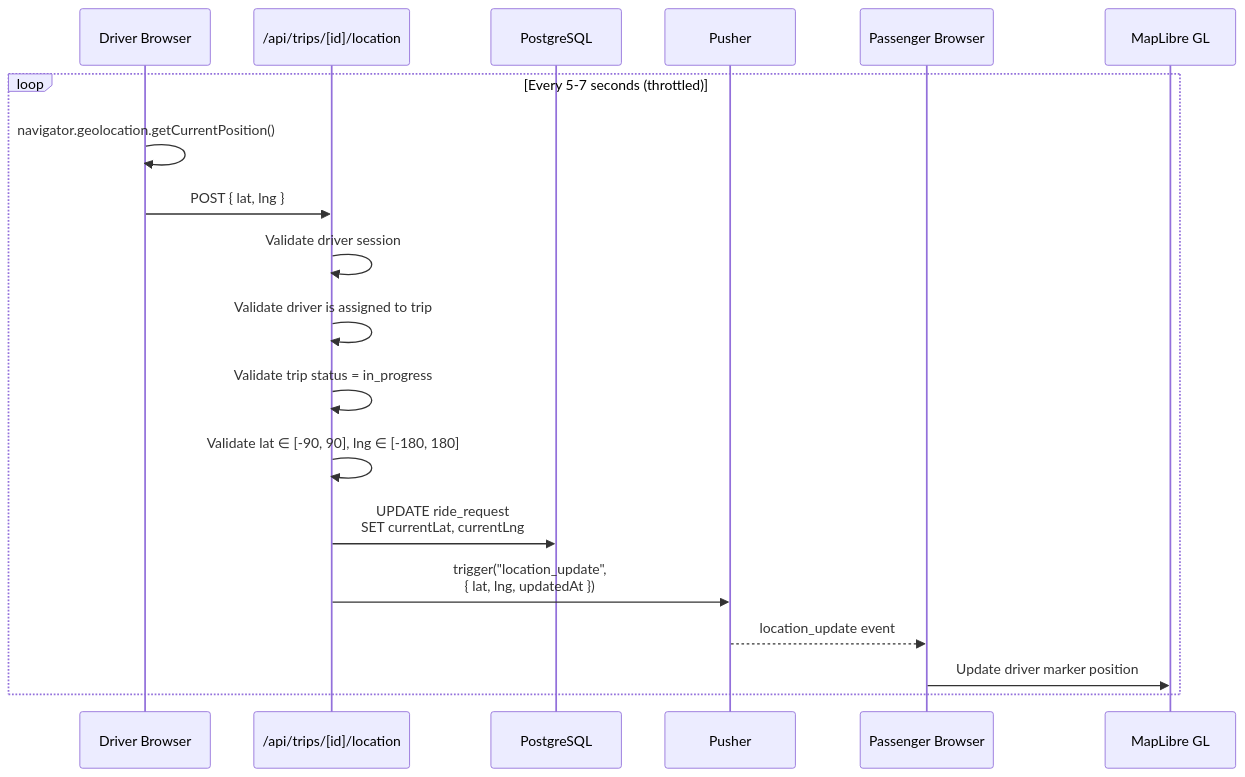
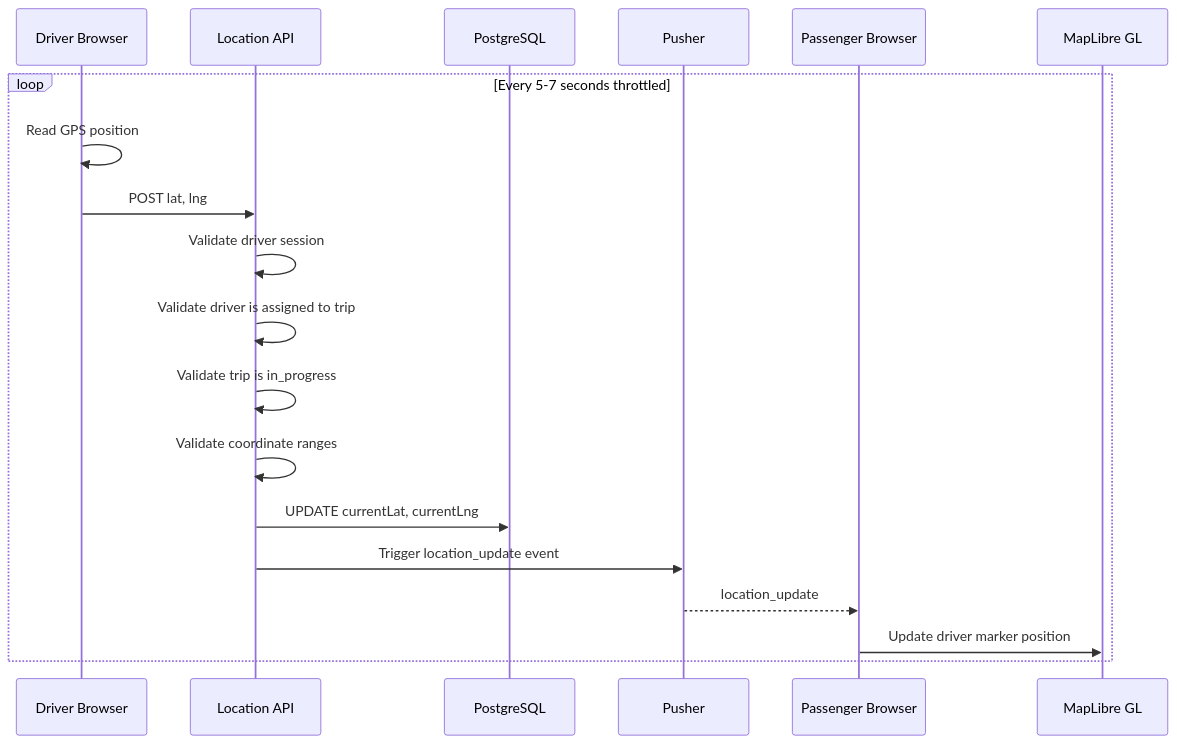
Before and after one commit to Amanuel-Ayal3w/ECRP: diagram 16 of 23 in documentation.md, drawn with Mermaid. The commit also changed other lines of this file, not shown here.

First line of the commit message:
Fix Mermaid GitHub rendering and add detailed explanations

````diff
--- a/documentation.md
+++ b/documentation.md
@@ -980,22 +1013,22 @@
 ```mermaid
 sequenceDiagram
     participant Driver as Driver Browser
-    participant API as /api/trips/[id]/location
+    participant API as Location API
     participant DB as PostgreSQL
     participant Pusher as Pusher
     participant Passenger as Passenger Browser
     participant Map as MapLibre GL
 
-    loop Every 5-7 seconds (throttled)
-        Driver->>Driver: navigator.geolocation.getCurrentPosition()
-        Driver->>API: POST { lat, lng }
+    loop Every 5-7 seconds throttled
+        Driver->>Driver: Read GPS position
+        Driver->>API: POST lat, lng
         API->>API: Validate driver session
         API->>API: Validate driver is assigned to trip
-        API->>API: Validate trip status = in_progress
-        API->>API: Validate lat ∈ [-90, 90], lng ∈ [-180, 180]
-        API->>DB: UPDATE ride_request<br/>SET currentLat, currentLng
-        API->>Pusher: trigger("location_update",<br/>{ lat, lng, updatedAt })
-        Pusher-->>Passenger: location_update event
+        API->>API: Validate trip is in_progress
+        API->>API: Validate coordinate ranges
+        API->>DB: UPDATE currentLat, currentLng
+        API->>Pusher: Trigger location_update event
+        Pusher-->>Passenger: location_update
         Passenger->>Map: Update driver marker position
     end
 ```
````
